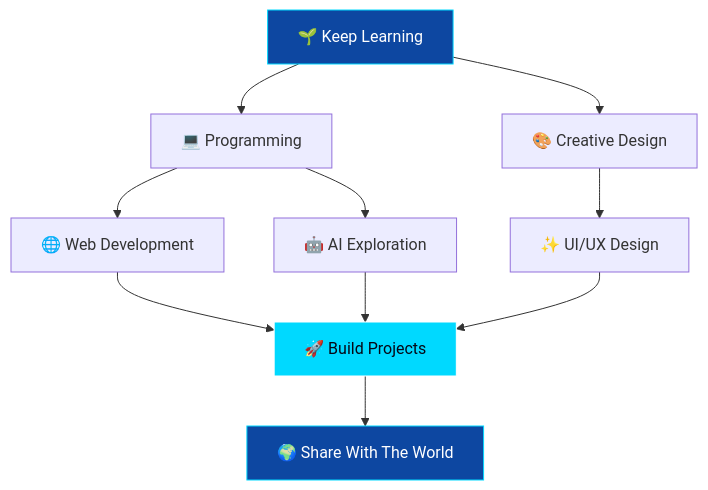
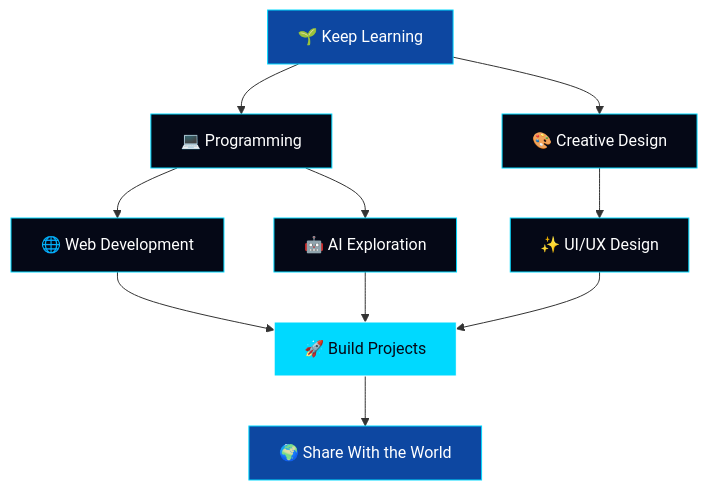
The diagram in README.md (reyyanking110/reyyanking110), drawn with Mermaid before and after one commit. The commit also changed other lines of this file, not shown here.

````diff
--- a/README.md
+++ b/README.md
@@ -139,15 +281,21 @@
 ```mermaid
 flowchart TD
     A["🌱 Keep Learning"] --> B["💻 Programming"]
     A --> C["🎨 Creative Design"]
     B --> D["🌐 Web Development"]
     B --> E["🤖 AI Exploration"]
     C --> F["✨ UI/UX Design"]
     D --> G["🚀 Build Projects"]
     E --> G
     F --> G
-    G --> H["🌍 Share With The World"]
-    style A fill:#0D47A1,color:#fff,stroke:#00D9FF
-    style G fill:#00D9FF,color:#050816,stroke:#fff
-    style H fill:#0D47A1,color:#fff,stroke:#00D9FF
+    G --> H["🌍 Share With the World"]
+
+    style A fill:#0D47A1,color:#FFFFFF,stroke:#00D9FF
+    style B fill:#050816,color:#FFFFFF,stroke:#00D9FF
+    style C fill:#050816,color:#FFFFFF,stroke:#00D9FF
+    style D fill:#050816,color:#FFFFFF,stroke:#00D9FF
+    style E fill:#050816,color:#FFFFFF,stroke:#00D9FF
+    style F fill:#050816,color:#FFFFFF,stroke:#00D9FF
+    style G fill:#00D9FF,color:#050816,stroke:#FFFFFF
+    style H fill:#0D47A1,color:#FFFFFF,stroke:#00D9FF
 ```
````
